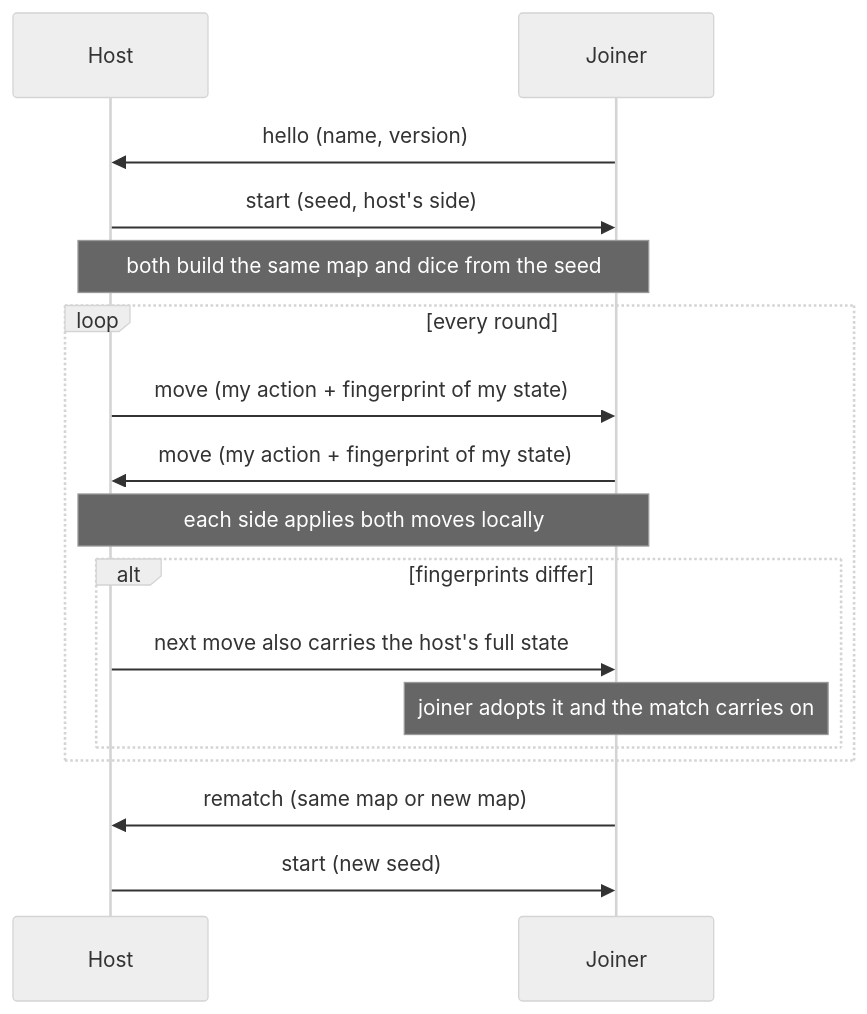
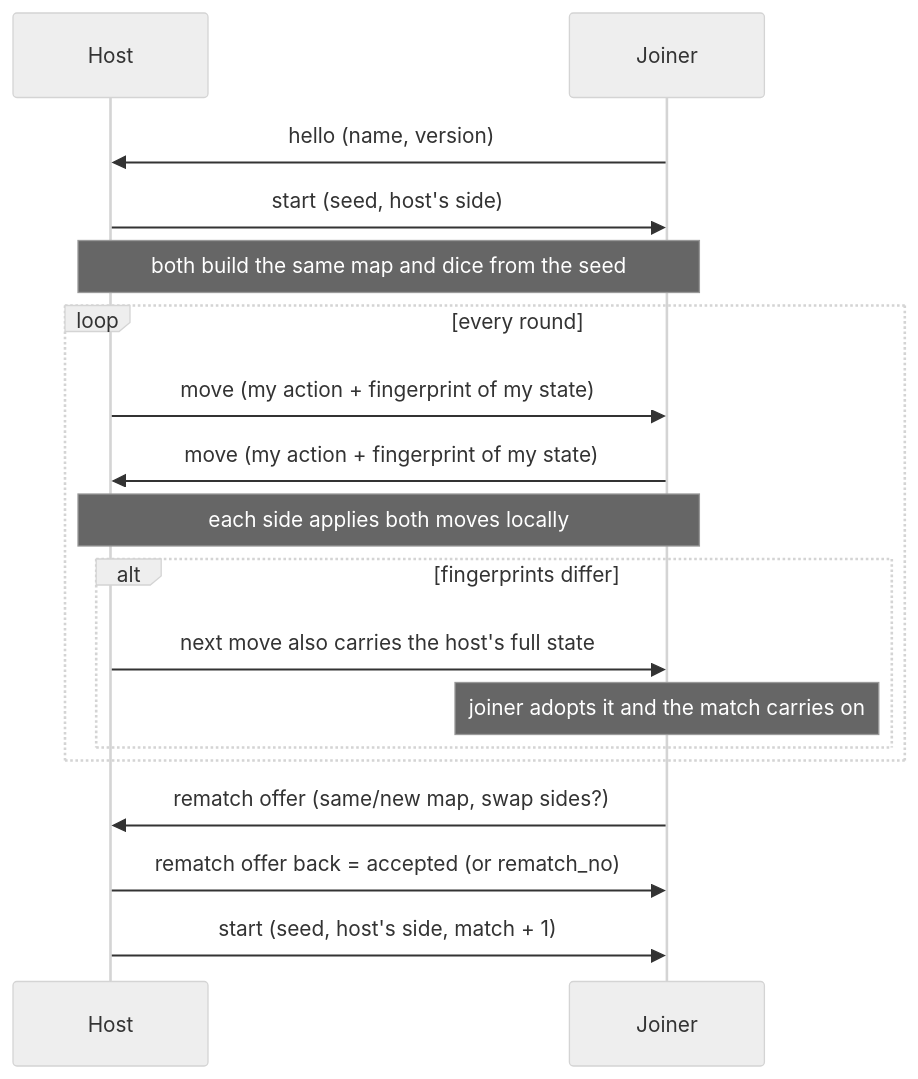
The third of 12 diagrams in README.md (shadowfax-505/Zero-Day), drawn with Mermaid (neutral theme) before and after one commit. The commit also changed other lines of this file and 9 other files, not shown here.

First line of the commit message:
Online rematch: both players agree, with same map, new map or swap sides

````diff
--- a/README.md
+++ b/README.md
@@ -170,19 +176,20 @@
 ```mermaid
 sequenceDiagram
     participant H as Host
     participant J as Joiner
     J->>H: hello (name, version)
     H->>J: start (seed, host's side)
     Note over H,J: both build the same map and dice from the seed
     loop every round
         H->>J: move (my action + fingerprint of my state)
         J->>H: move (my action + fingerprint of my state)
         Note over H,J: each side applies both moves locally
         alt fingerprints differ
             H->>J: next move also carries the host's full state
             Note over J: joiner adopts it and the match carries on
         end
     end
-    J->>H: rematch (same map or new map)
-    H->>J: start (new seed)
+    J->>H: rematch offer (same/new map, swap sides?)
+    H->>J: rematch offer back = accepted (or rematch_no)
+    H->>J: start (seed, host's side, match + 1)
 ```
````
